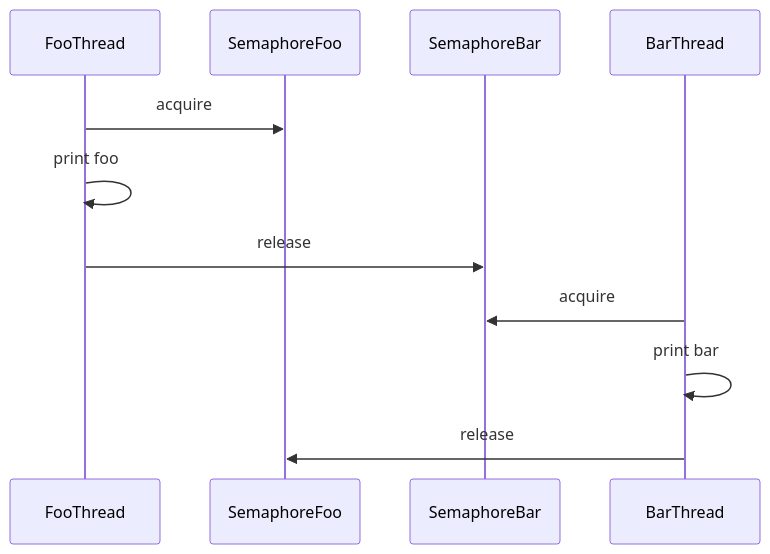
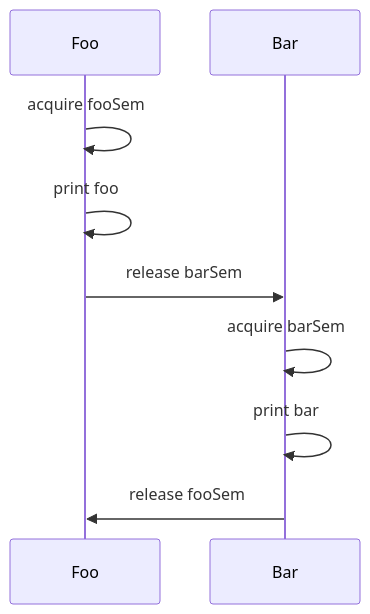
The second of 29 diagrams in HLD_NOTES/003_TECHNOLOGY_DEEP_DIVE/core-java/java_concurrency_visual_reference.md (mthaiseer/springcloud-systemdesign-notes), drawn with Mermaid before and after one commit. The commit also changed other lines of this file, not shown here.

````diff
--- a/HLD_NOTES/003_TECHNOLOGY_DEEP_DIVE/core-java/java_concurrency_visual_reference.md
+++ b/HLD_NOTES/003_TECHNOLOGY_DEEP_DIVE/core-java/java_concurrency_visual_reference.md
@@ -82,13 +83,11 @@
 ```mermaid
 sequenceDiagram
-    participant FooThread
-    participant SemaphoreFoo
-    participant SemaphoreBar
-    participant BarThread
-    FooThread->>SemaphoreFoo: acquire
-    FooThread->>FooThread: print foo
-    FooThread->>SemaphoreBar: release
-    BarThread->>SemaphoreBar: acquire
-    BarThread->>BarThread: print bar
-    BarThread->>SemaphoreFoo: release
+    participant Foo
+    participant Bar
+    Foo->>Foo: acquire fooSem
+    Foo->>Foo: print foo
+    Foo->>Bar: release barSem
+    Bar->>Bar: acquire barSem
+    Bar->>Bar: print bar
+    Bar->>Foo: release fooSem
 ```
````
